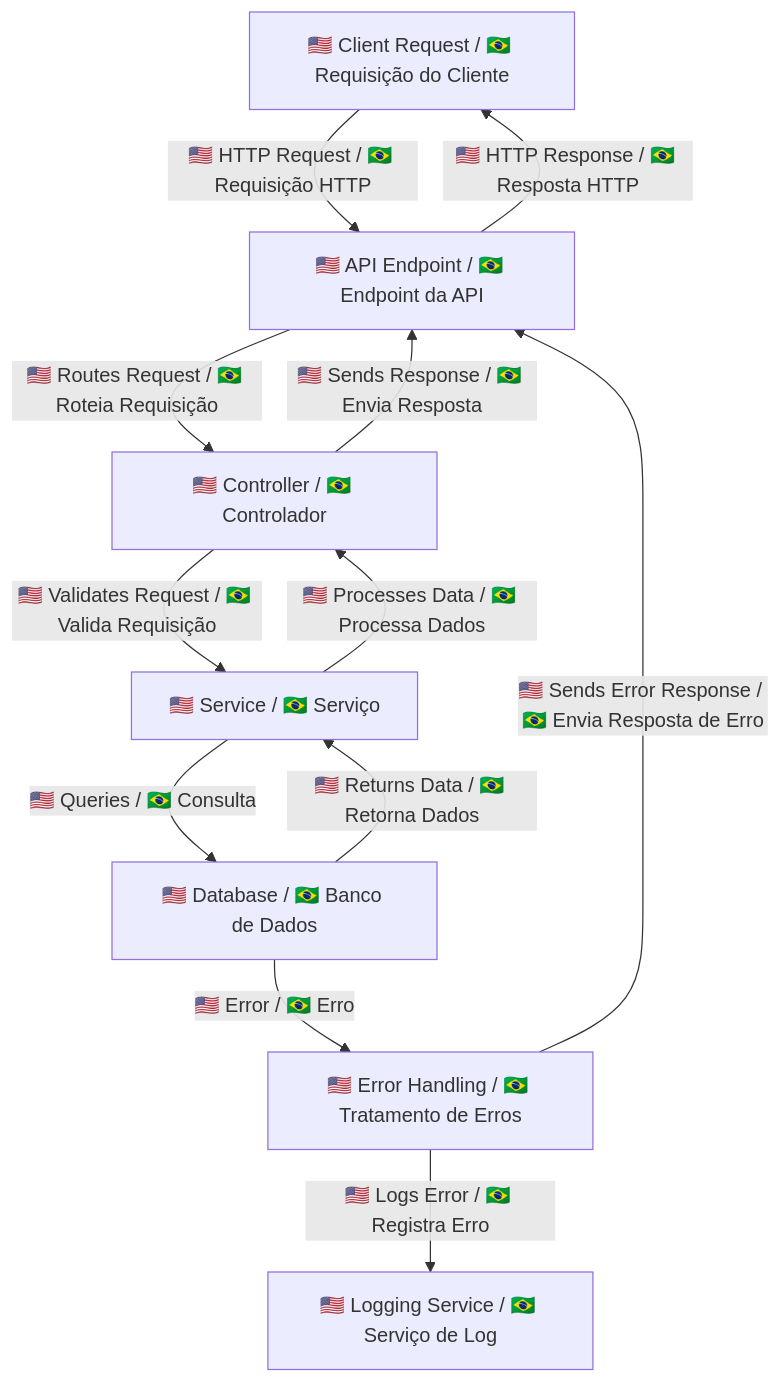
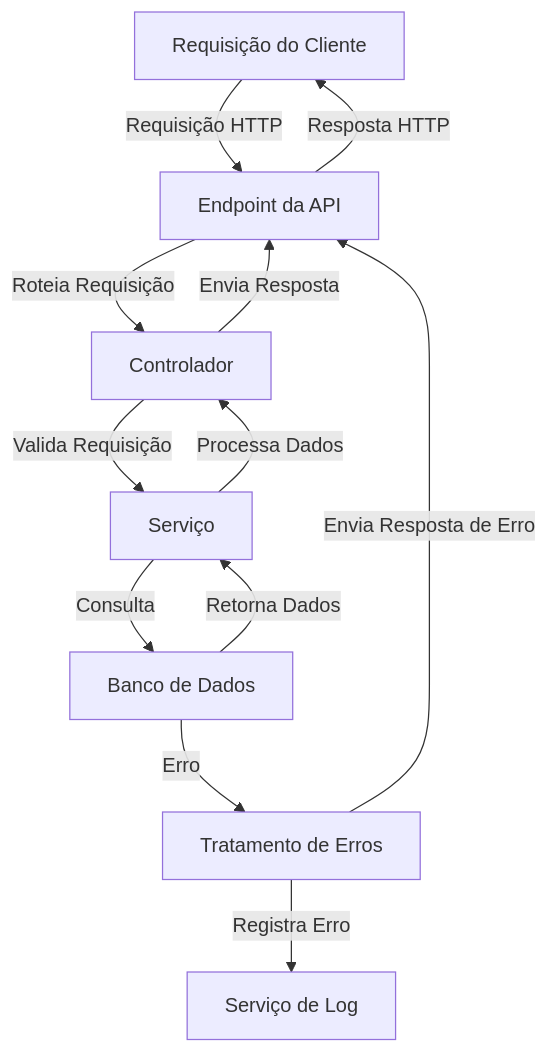
The fourth of 4 diagrams in README.md (mayconlemosCloud/node-api), drawn with Mermaid before and after one commit. The commit also changed other lines of this file, not shown here.

````diff
--- a/README.md
+++ b/README.md
@@ -138,14 +276,14 @@
-```mermaid
-graph TD
-    A[🇺🇸 Client Request / 🇧🇷 Requisição do Cliente] -->|🇺🇸 HTTP Request / 🇧🇷 Requisição HTTP| B[🇺🇸 API Endpoint / 🇧🇷 Endpoint da API]
-    B -->|🇺🇸 Routes Request / 🇧🇷 Roteia Requisição| C[🇺🇸 Controller / 🇧🇷 Controlador]
-    C -->|🇺🇸 Validates Request / 🇧🇷 Valida Requisição| D[🇺🇸 Service / 🇧🇷 Serviço]
-    D -->|🇺🇸 Queries / 🇧🇷 Consulta| E[🇺🇸 Database / 🇧🇷 Banco de Dados]
-    E -->|🇺🇸 Returns Data / 🇧🇷 Retorna Dados| D
-    E -->|🇺🇸 Error / 🇧🇷 Erro| J[🇺🇸 Error Handling / 🇧🇷 Tratamento de Erros]
-    D -->|🇺🇸 Processes Data / 🇧🇷 Processa Dados| C
-    C -->|🇺🇸 Sends Response / 🇧🇷 Envia Resposta| B
-    B -->|🇺🇸 HTTP Response / 🇧🇷 Resposta HTTP| A
-    J -->|🇺🇸 Logs Error / 🇧🇷 Registra Erro| K[🇺🇸 Logging Service / 🇧🇷 Serviço de Log]
-    J -->|🇺🇸 Sends Error Response / 🇧🇷 Envia Resposta de Erro| B
-```
+  ```mermaid
+  graph TD
+      A[Requisição do Cliente] -->|Requisição HTTP| B[Endpoint da API]
+      B -->|Roteia Requisição| C[Controlador]
+      C -->|Valida Requisição| D[Serviço]
+      D -->|Consulta| E[Banco de Dados]
+      E -->|Retorna Dados| D
+      E -->|Erro| J[Tratamento de Erros]
+      D -->|Processa Dados| C
+      C -->|Envia Resposta| B
+      B -->|Resposta HTTP| A
+      J -->|Registra Erro| K[Serviço de Log]
+      J -->|Envia Resposta de Erro| B
+  ```
````
